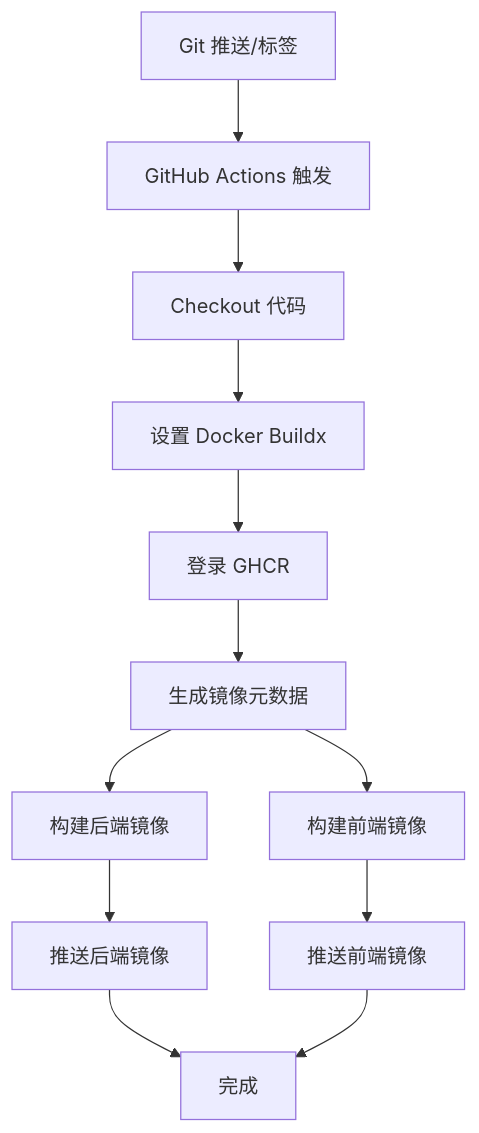
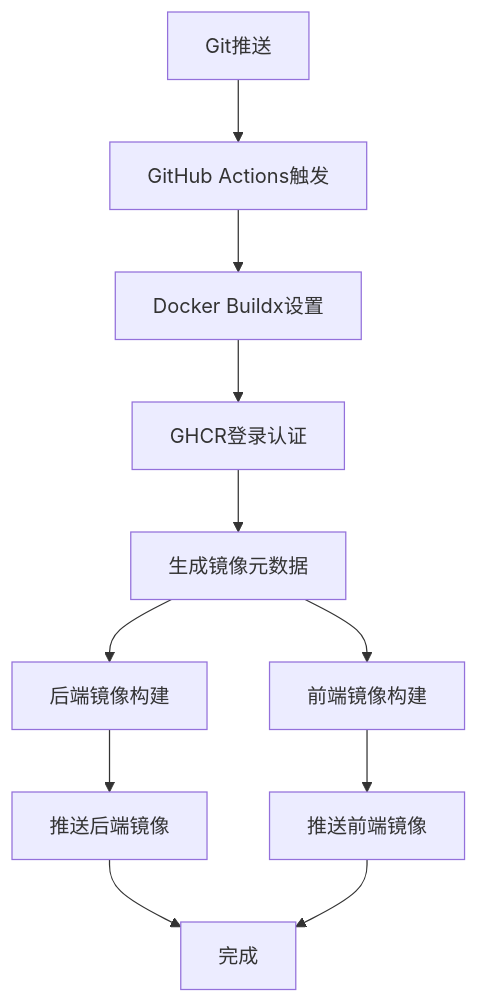
Before and after one commit to RabbitAI-Lab/Sandbox-Manager: the second of 4 diagrams in .qoder/repowiki/zh/content/部署与运维/部署与运维.md, drawn with Mermaid. The commit also changed other lines of this file and 15 other files, not shown here.

````diff
--- a/.qoder/repowiki/zh/content/部署与运维/部署与运维.md
+++ b/.qoder/repowiki/zh/content/部署与运维/部署与运维.md
@@ -153,14 +138,13 @@
 ```mermaid
 flowchart TD
-A["Git 推送/标签"] --> B["GitHub Actions 触发"]
-B --> C["Checkout 代码"]
-C --> D["设置 Docker Buildx"]
-D --> E["登录 GHCR"]
-E --> F["生成镜像元数据"]
-F --> G["构建后端镜像"]
-F --> H["构建前端镜像"]
-G --> I["推送后端镜像"]
-H --> J["推送前端镜像"]
-I --> K["完成"]
-J --> K
+A["Git推送"] --> B["GitHub Actions触发"]
+B --> C["Docker Buildx设置"]
+C --> D["GHCR登录认证"]
+D --> E["生成镜像元数据"]
+E --> F["后端镜像构建"]
+E --> G["前端镜像构建"]
+F --> H["推送后端镜像"]
+G --> I["推送前端镜像"]
+H --> J["完成"]
+I --> J
 ```
````
